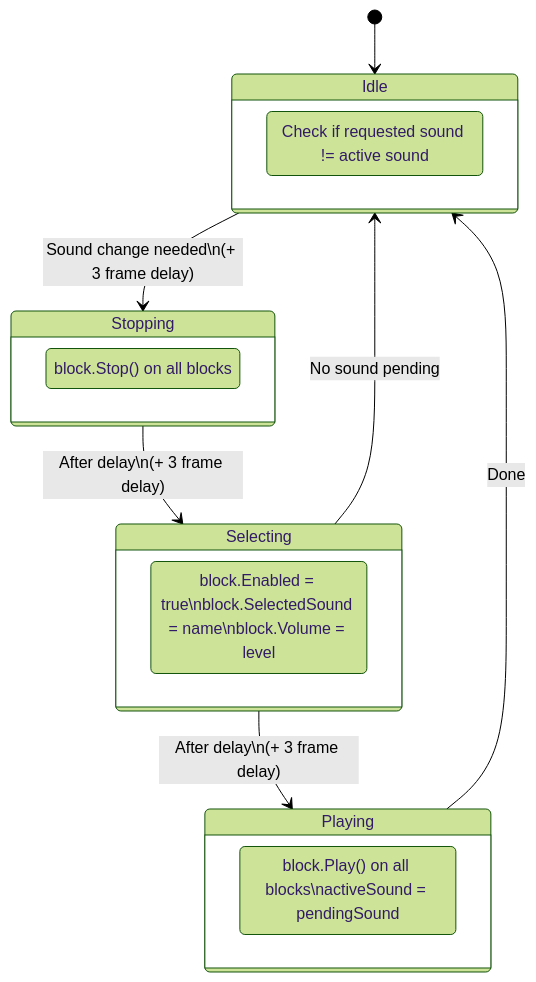
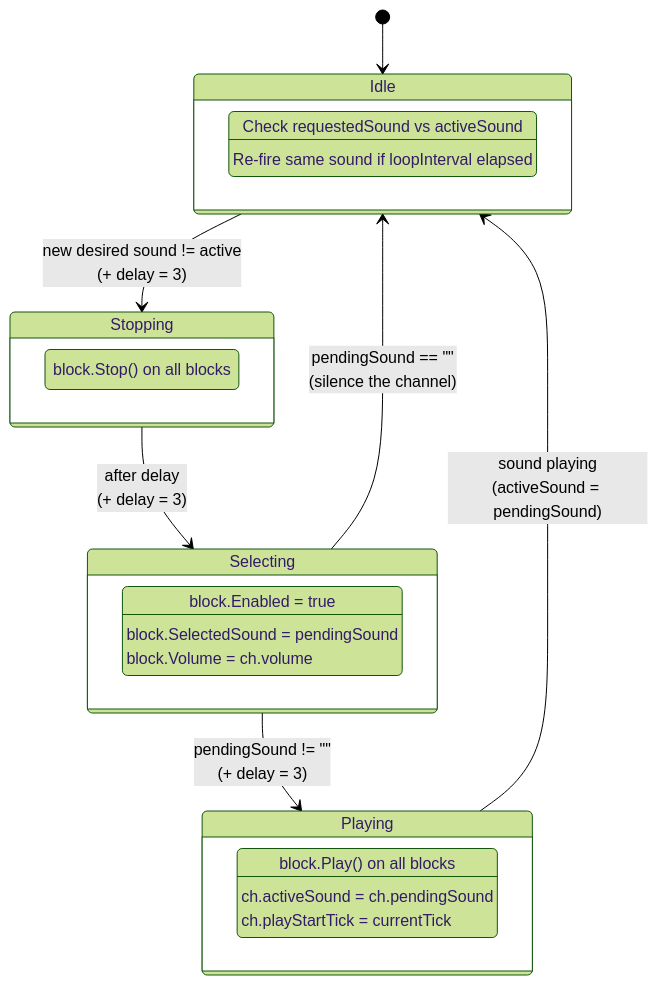
The second of 3 diagrams in docs/sound-system.md (Terilia/JetOS), drawn with Mermaid (forest theme) before and after one commit. The commit also changed other lines of this file and 23 other files, not shown here.

````diff
--- a/docs/sound-system.md
+++ b/docs/sound-system.md
@@ -62,23 +81,28 @@
 ```mermaid
 stateDiagram-v2
     [*] --> Idle
 
-    Idle --> Stopping: Sound change needed\n(+ 3 frame delay)
-    Stopping --> Selecting: After delay\n(+ 3 frame delay)
-    Selecting --> Playing: After delay\n(+ 3 frame delay)
-    Selecting --> Idle: No sound pending
-    Playing --> Idle: Done
+    Idle --> Stopping : new desired sound != active<br/>(+ delay = 3)
+    Stopping --> Selecting : after delay<br/>(+ delay = 3)
+    Selecting --> Playing : pendingSound != ""<br/>(+ delay = 3)
+    Selecting --> Idle : pendingSound == ""<br/>(silence the channel)
+    Playing --> Idle : sound playing<br/>(activeSound = pendingSound)
 
     state Idle {
-        [*]: Check if requested sound != active sound
+        [*]: Check requestedSound vs activeSound
+        [*]: Re-fire same sound if loopInterval elapsed
     }
     state Stopping {
         [*]: block.Stop() on all blocks
     }
     state Selecting {
-        [*]: block.Enabled = true\nblock.SelectedSound = name\nblock.Volume = level
+        [*]: block.Enabled = true
+        [*]: block.SelectedSound = pendingSound
+        [*]: block.Volume = ch.volume
     }
     state Playing {
-        [*]: block.Play() on all blocks\nactiveSound = pendingSound
+        [*]: block.Play() on all blocks
+        [*]: ch.activeSound = ch.pendingSound
+        [*]: ch.playStartTick = currentTick
     }
 ```
````
